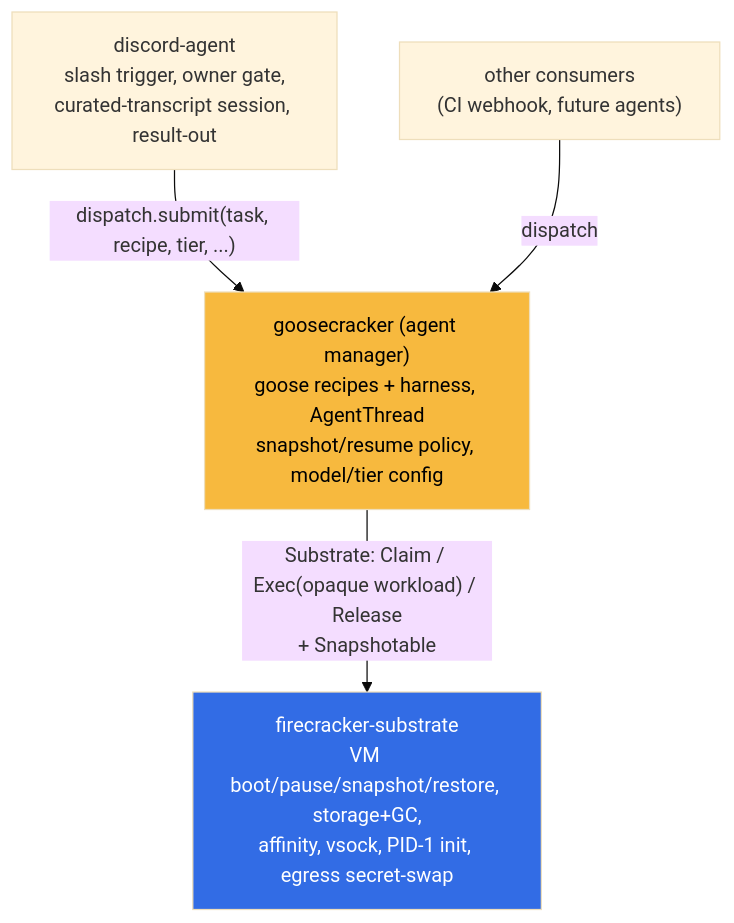
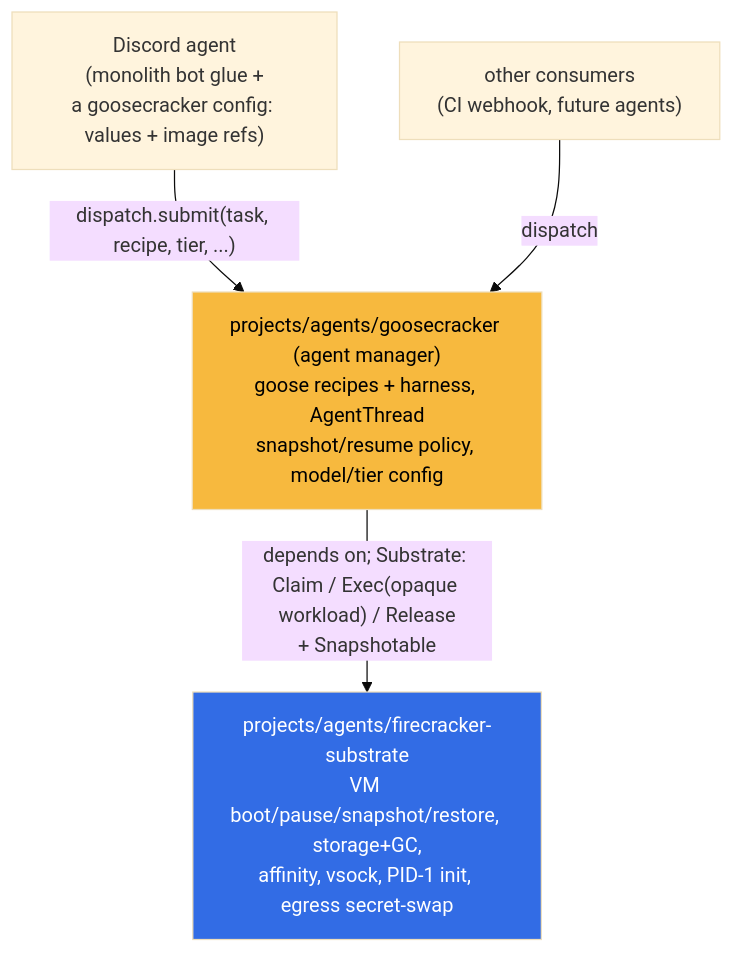
One commit to jomcgi-org/homelab changed the diagram in docs/decisions/agents/025-three-layer-agent-stack-goosecracker.md. Above: the diagram before and after it, drawn with Mermaid (base theme). The commit also changed other lines of this file and 3 other files, not shown here.

First line of the commit message:
docs(adr): resolve ADR 025 layout to projects/agents/{firecracker-substrate,goosecracker}

````diff
--- a/docs/decisions/agents/025-three-layer-agent-stack-goosecracker.md
+++ b/docs/decisions/agents/025-three-layer-agent-stack-goosecracker.md
@@ -46,14 +49,14 @@
 ```mermaid
 graph TB
-    DA["discord-agent<br/>slash trigger, owner gate,<br/>curated-transcript session, result-out"]
-    GC["goosecracker (agent manager)<br/>goose recipes + harness, AgentThread<br/>snapshot/resume policy, model/tier config"]
-    FS["firecracker-substrate<br/>VM boot/pause/snapshot/restore, storage+GC,<br/>affinity, vsock, PID-1 init, egress secret-swap"]
+    DA["Discord agent<br/>(monolith bot glue +<br/>a goosecracker config: values + image refs)"]
+    GC["projects/agents/goosecracker (agent manager)<br/>goose recipes + harness, AgentThread<br/>snapshot/resume policy, model/tier config"]
+    FS["projects/agents/firecracker-substrate<br/>VM boot/pause/snapshot/restore, storage+GC,<br/>affinity, vsock, PID-1 init, egress secret-swap"]
     Other["other consumers<br/>(CI webhook, future agents)"]
 
     DA -->|"dispatch.submit(task, recipe, tier, ...)"| GC
     Other -->|dispatch| GC
-    GC -->|"Substrate: Claim / Exec(opaque workload) / Release<br/>+ Snapshotable"| FS
+    GC -->|"depends on; Substrate: Claim / Exec(opaque workload) / Release<br/>+ Snapshotable"| FS
 
     style GC fill:#F7B93E,color:#000
     style FS fill:#326CE5,color:#fff
 ```
````
